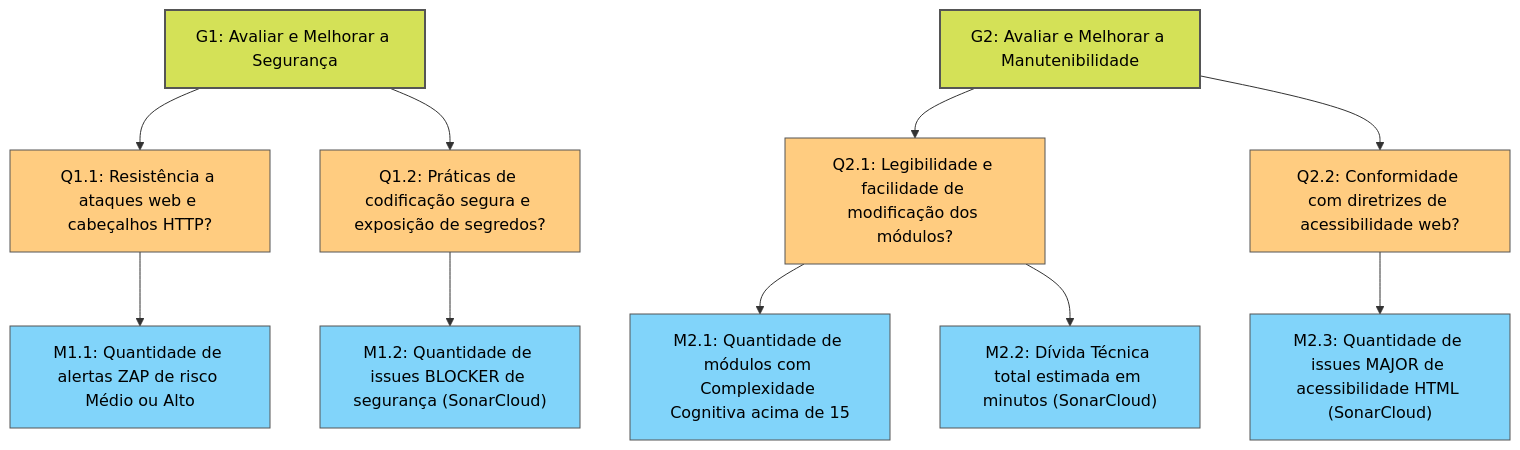
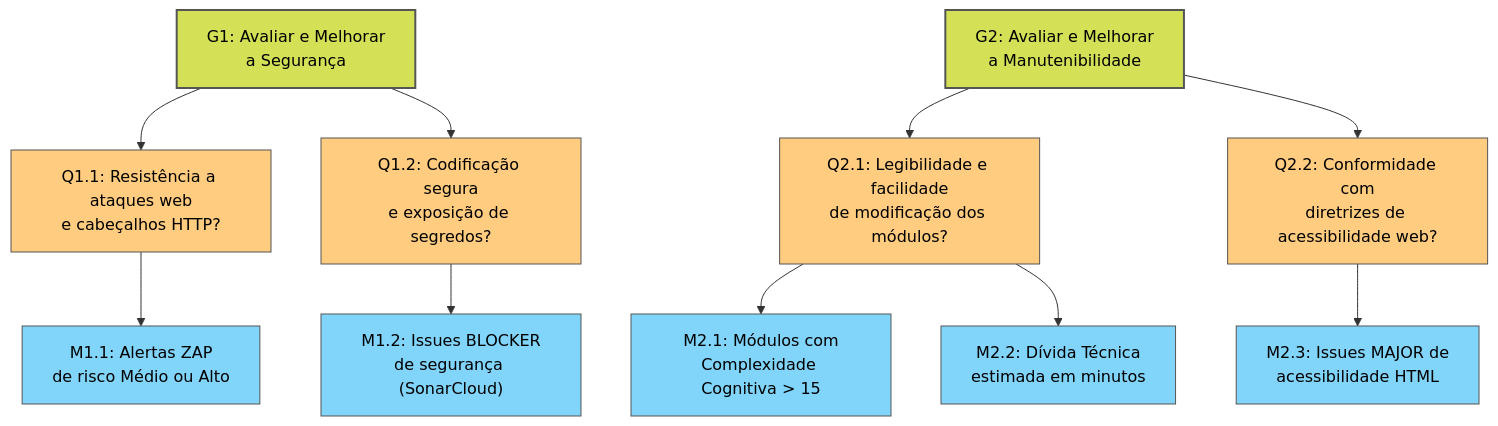
The diagram in docs/fases/fase2/gqm-objetivos.md (FCTE-Qualidade-de-Software-1/2026-1_T01_KAY_MCNULTY), drawn with Mermaid before and after one commit.

Commit message:
fix: melhora legibilidade do diagrama Mermaid GQM com quebras de linha

````diff
--- a/docs/fases/fase2/gqm-objetivos.md
+++ b/docs/fases/fase2/gqm-objetivos.md
@@ -71,35 +71,35 @@
 ```mermaid
 graph TD
-    G1["G1: Avaliar e Melhorar a Segurança"]
-    G2["G2: Avaliar e Melhorar a Manutenibilidade"]
+    G1["G1: Avaliar e Melhorar<br/>a Segurança"]
+    G2["G2: Avaliar e Melhorar<br/>a Manutenibilidade"]
 
-    Q11["Q1.1: Resistência a ataques web e cabeçalhos HTTP?"]
-    Q12["Q1.2: Práticas de codificação segura e exposição de segredos?"]
-    Q21["Q2.1: Legibilidade e facilidade de modificação dos módulos?"]
-    Q22["Q2.2: Conformidade com diretrizes de acessibilidade web?"]
+    Q11["Q1.1: Resistência a ataques web<br/>e cabeçalhos HTTP?"]
+    Q12["Q1.2: Codificação segura<br/>e exposição de segredos?"]
+    Q21["Q2.1: Legibilidade e facilidade<br/>de modificação dos módulos?"]
+    Q22["Q2.2: Conformidade com<br/>diretrizes de acessibilidade web?"]
 
     G1 --> Q11
     G1 --> Q12
     G2 --> Q21
     G2 --> Q22
 
-    M11["M1.1: Quantidade de alertas ZAP de risco Médio ou Alto"]
-    M12["M1.2: Quantidade de issues BLOCKER de segurança (SonarCloud)"]
-    M21["M2.1: Quantidade de módulos com Complexidade Cognitiva acima de 15"]
-    M22["M2.2: Dívida Técnica total estimada em minutos (SonarCloud)"]
-    M23["M2.3: Quantidade de issues MAJOR de acessibilidade HTML (SonarCloud)"]
+    M11["M1.1: Alertas ZAP<br/>de risco Médio ou Alto"]
+    M12["M1.2: Issues BLOCKER<br/>de segurança (SonarCloud)"]
+    M21["M2.1: Módulos com<br/>Complexidade Cognitiva > 15"]
+    M22["M2.2: Dívida Técnica<br/>estimada em minutos"]
+    M23["M2.3: Issues MAJOR de<br/>acessibilidade HTML"]
 
     Q11 --> M11
     Q12 --> M12
     Q21 --> M21
     Q21 --> M22
     Q22 --> M23
 
     classDef goal fill:#d4e157,stroke:#555,stroke-width:2px,color:#000;
     classDef question fill:#ffcc80,stroke:#555,stroke-width:1px,color:#000;
     classDef metric fill:#81d4fa,stroke:#555,stroke-width:1px,color:#000;
 
     class G1,G2 goal;
     class Q11,Q12,Q21,Q22 question;
     class M11,M12,M21,M22,M23 metric;
 ```
````
